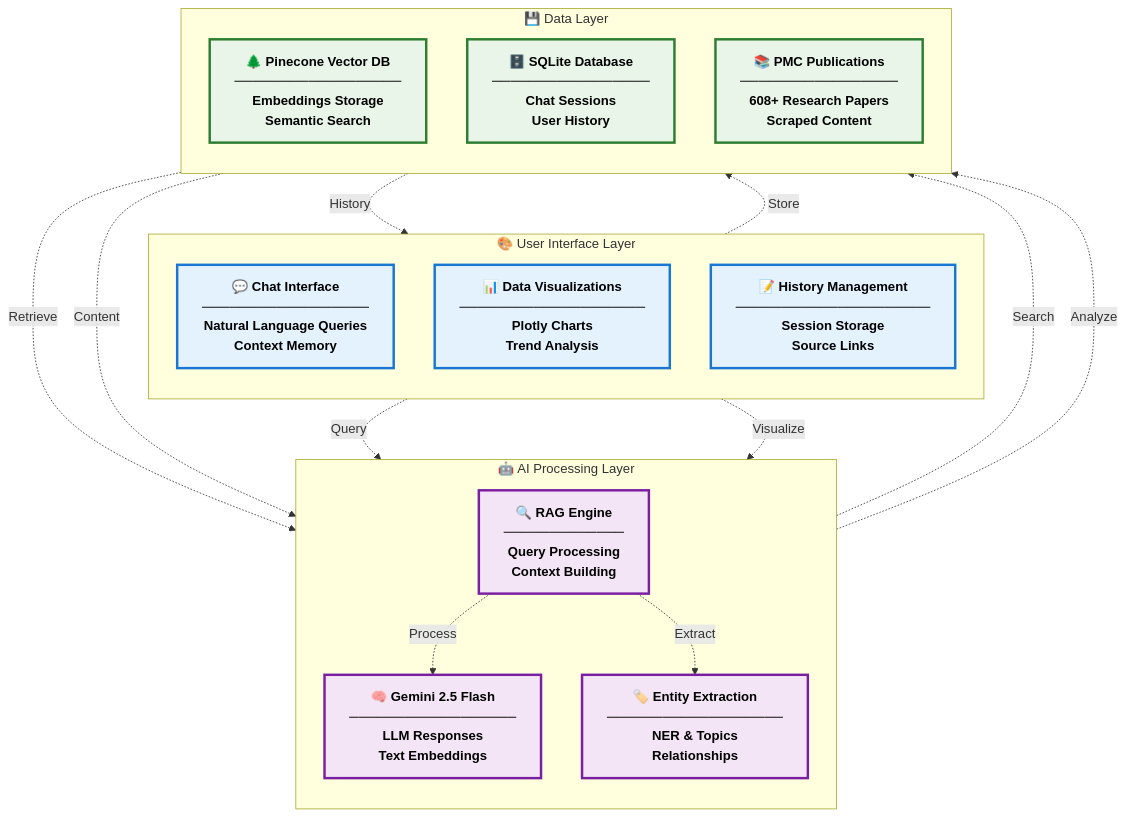
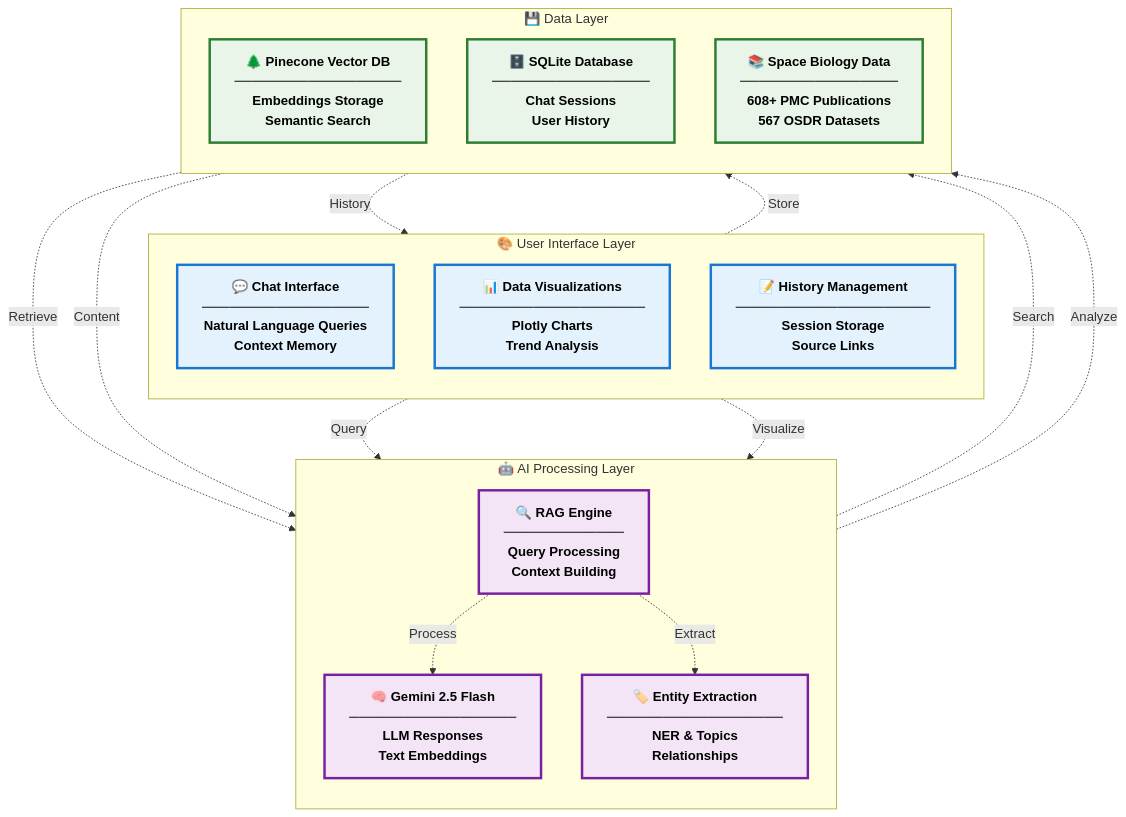
The first of 2 diagrams in README.md (Firojpaudel/Space_app_25), drawn with Mermaid before and after one commit. The commit also changed other lines of this file and 6 other files, not shown here.

````diff
--- a/README.md
+++ b/README.md
@@ -266,46 +570,46 @@
 ```mermaid
 graph TB
     subgraph UI ["🎨 User Interface Layer"]
         direction TB
         A1["💬 Chat Interface<br/>──────────────────<br/>Natural Language Queries<br/>Context Memory"]
         A2["📊 Data Visualizations<br/>────────────────────<br/>Plotly Charts<br/>Trend Analysis"]
         A3["📝 History Management<br/>─────────────────────<br/>Session Storage<br/>Source Links"]
     end
     
     subgraph AI ["🤖 AI Processing Layer"]
         direction TB
         B1["🔍 RAG Engine<br/>─────────────<br/>Query Processing<br/>Context Building"]
         B2["🧠 Gemini 2.5 Flash<br/>──────────────────<br/>LLM Responses<br/>Text Embeddings"]
         B3["🏷️ Entity Extraction<br/>───────────────────<br/>NER & Topics<br/>Relationships"]
     end
     
     subgraph DATA ["💾 Data Layer"]
         direction TB
         C1["🌲 Pinecone Vector DB<br/>──────────────────<br/>Embeddings Storage<br/>Semantic Search"]
         C2["🗄️ SQLite Database<br/>─────────────────<br/>Chat Sessions<br/>User History"]
-        C3["📚 PMC Publications<br/>─────────────────<br/>608+ Research Papers<br/>Scraped Content"]
+        C3["📚 Space Biology Data<br/>─────────────────<br/>608+ PMC Publications<br/>567 OSDR Datasets"]
     end
     
     %% Flow connections with labels
     A1 -.->|Query| B1
     A2 -.->|Visualize| B3
     A3 -.->|Store| C2
     
     B1 -.->|Process| B2
     B1 -.->|Extract| B3
     B2 -.->|Search| C1
     B3 -.->|Analyze| C3
     
     C1 -.->|Retrieve| B1
     C2 -.->|History| A3
     C3 -.->|Content| B1
     
     %% Professional styling with enhanced visibility
     classDef uiStyle fill:#e3f2fd,stroke:#1976d2,stroke-width:3px,color:#000,font-weight:bold
     classDef aiStyle fill:#f3e5f5,stroke:#7b1fa2,stroke-width:3px,color:#000,font-weight:bold
     classDef dataStyle fill:#e8f5e8,stroke:#2e7d32,stroke-width:3px,color:#000,font-weight:bold
     
     class A1,A2,A3 uiStyle
     class B1,B2,B3 aiStyle
     class C1,C2,C3 dataStyle
 ```
````
